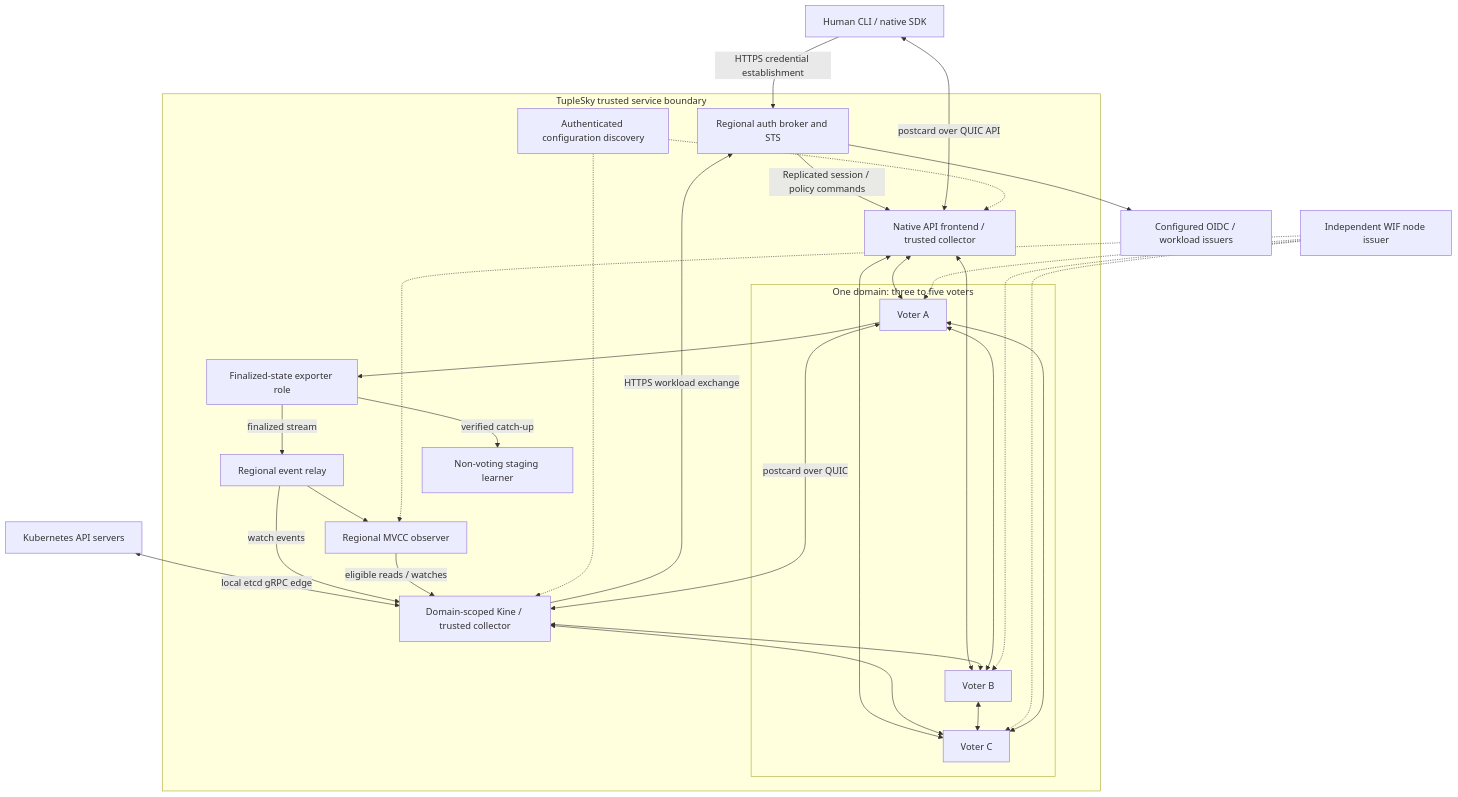
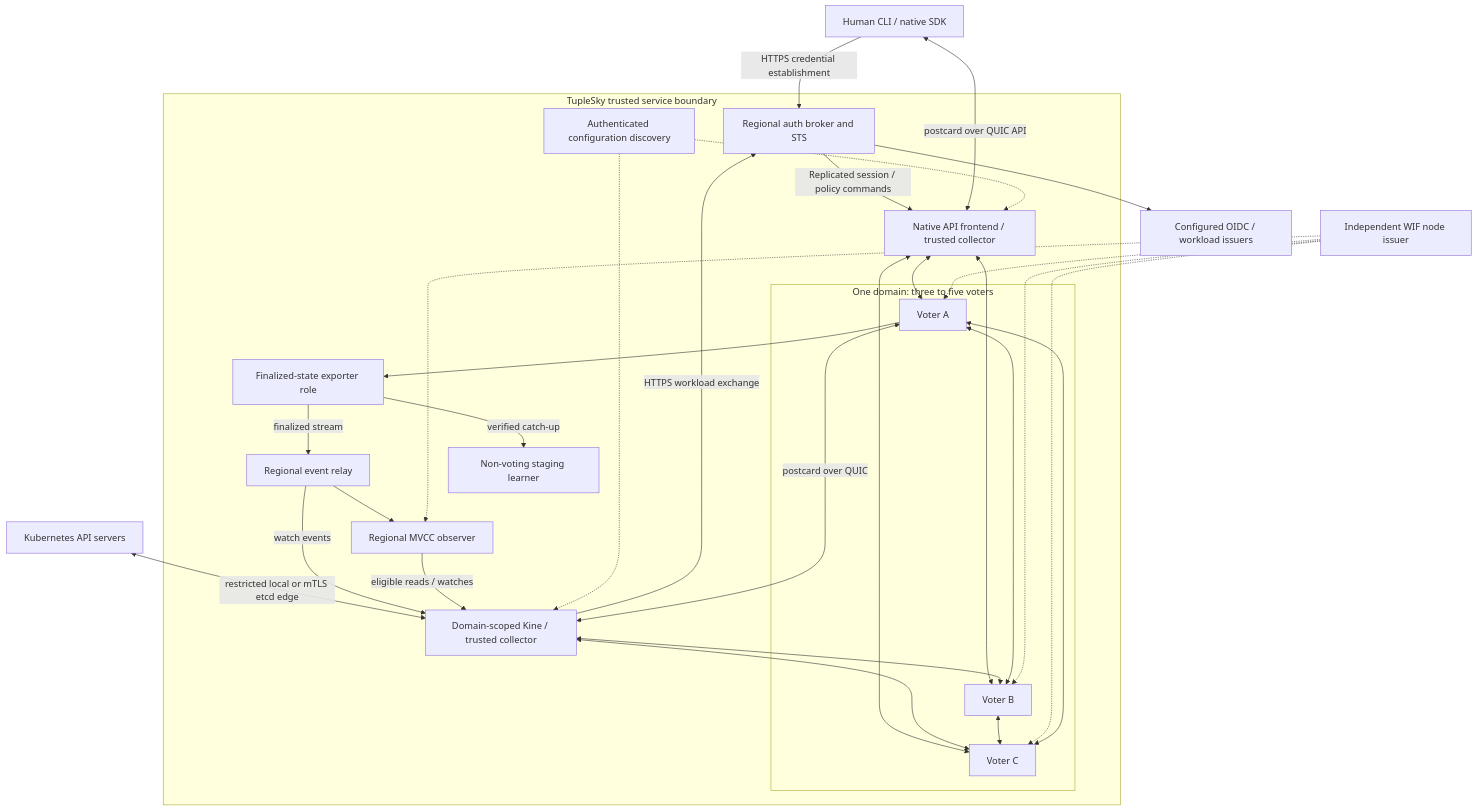
One commit to tuplesky/tuplesky changed the first of 9 diagrams in docs/design/tuplesky-design.md. Above: the diagram before and after it, drawn with Mermaid. The commit also changed other lines of this file and 3 other files, not shown here.

````diff
--- a/docs/design/tuplesky-design.md
+++ b/docs/design/tuplesky-design.md
@@ -126,49 +126,49 @@
 ```mermaid
 flowchart TB
     Human["Human CLI / native SDK"]
     K8s["Kubernetes API servers"]
     IdP["Configured OIDC / workload issuers"]
     NodeCA["Independent WIF node issuer"]
     subgraph Service["TupleSky trusted service boundary"]
         Auth["Regional auth broker and STS"]
         Front["Native API frontend / trusted collector"]
         Kine["Domain-scoped Kine / trusted collector"]
         Config["Authenticated configuration discovery"]
         subgraph Group["One domain: three to five voters"]
             A["Voter A"]
             B["Voter B"]
             C["Voter C"]
         end
         Export["Finalized-state exporter role"]
         Relay["Regional event relay"]
         Observer["Regional MVCC observer"]
         Stage["Non-voting staging learner"]
     end
     Human -->|"HTTPS credential establishment"| Auth
     Auth --> IdP
     Auth -->|"Replicated session / policy commands"| Front
     Human <-->|"postcard over QUIC API"| Front
-    K8s <-->|"local etcd gRPC edge"| Kine
+    K8s <-->|"restricted local or mTLS etcd edge"| Kine
     Kine -->|"HTTPS workload exchange"| Auth
     Front <--> A
     Front <--> B
     Front <--> C
     Kine <-->|"postcard over QUIC"| A
     Kine <--> B
     Kine <--> C
     A <--> B
     B <--> C
     C <--> A
     A --> Export
     Export -->|"finalized stream"| Relay
     Relay --> Observer
     Relay -->|"watch events"| Kine
     Observer -->|"eligible reads / watches"| Kine
     Export -->|"verified catch-up"| Stage
     Config -.-> Front
     Config -.-> Kine
     NodeCA -.-> A
     NodeCA -.-> B
     NodeCA -.-> C
     NodeCA -.-> Observer
 ```
````
